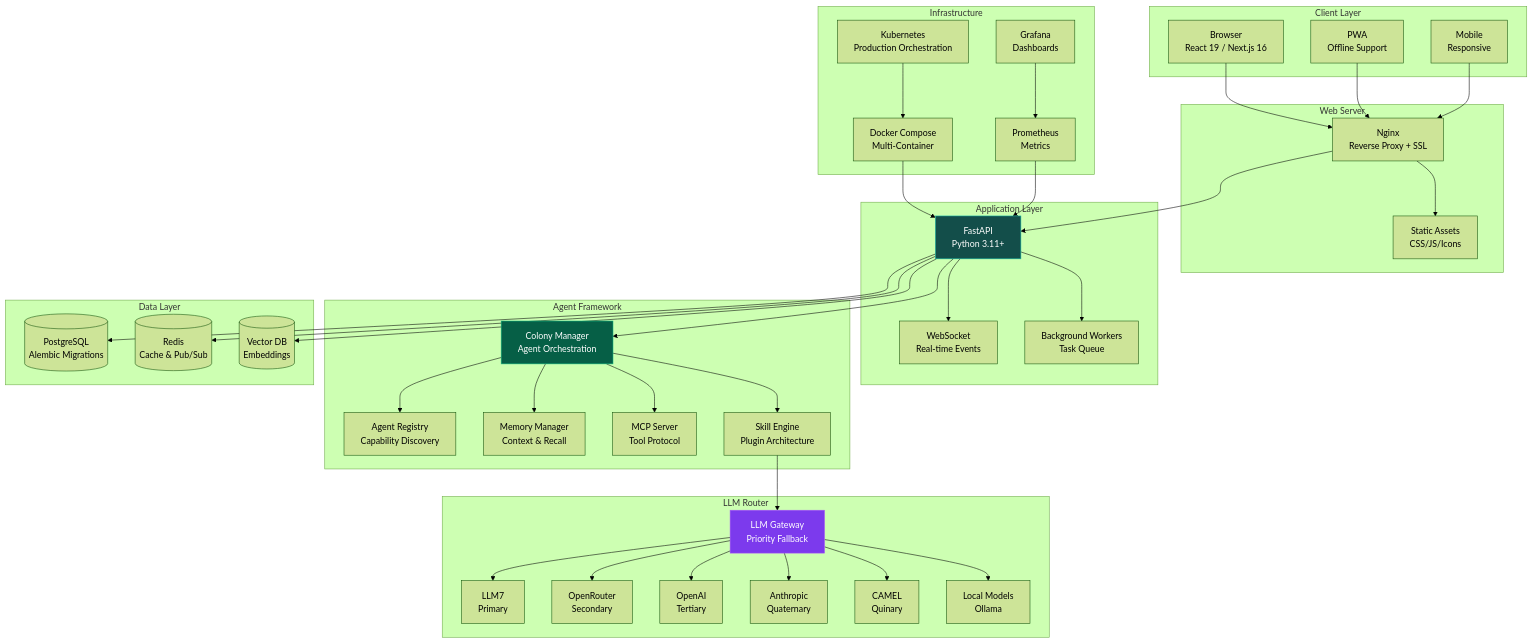
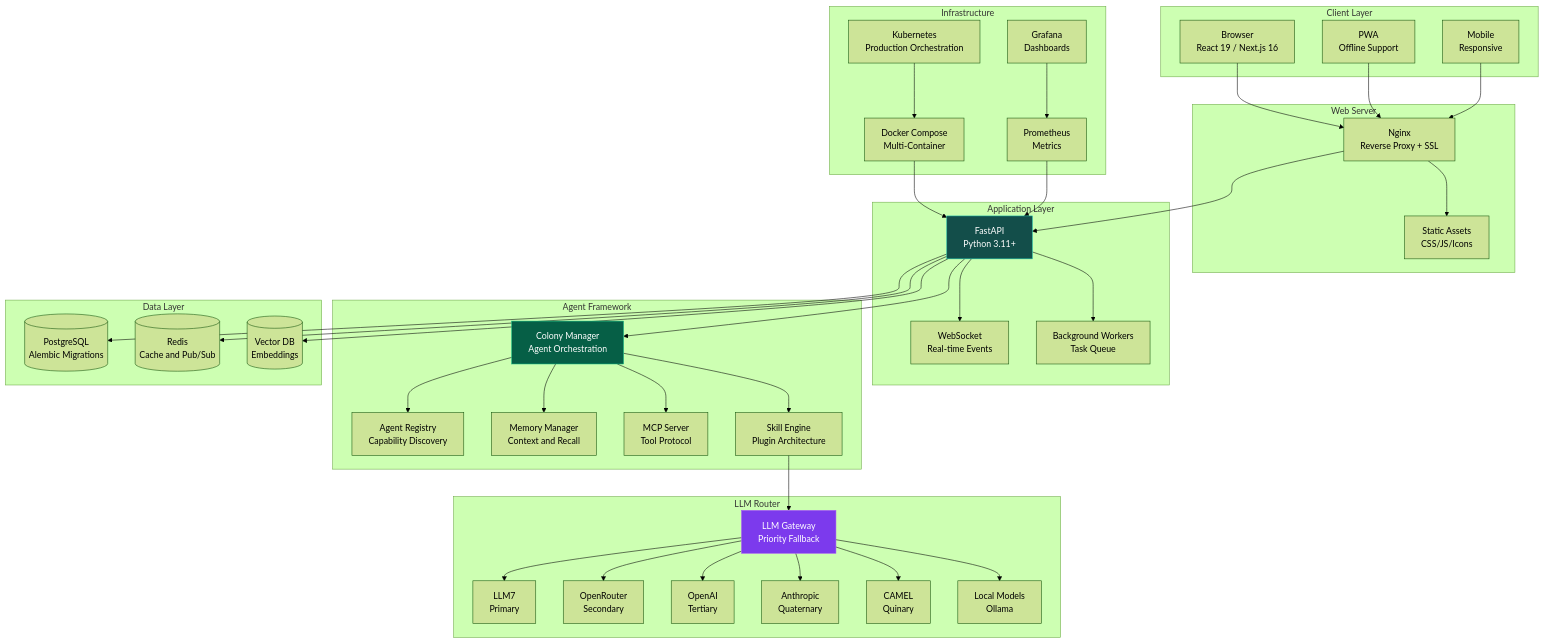
Before and after one commit to mulkymalikuldhrs/AI-MultiColony-Ecosystem: the fourth of 5 diagrams in README.md, drawn with Mermaid (forest theme). The commit also changed other lines of this file and 1 other file, not shown here.

Commit message:
🎨 Upgrade: banner image + fixed Mermaid + animations + flow diagrams

````diff
--- a/README.md
+++ b/README.md
@@ -231,31 +229,31 @@
 ```mermaid
 graph TB
-    subgraph "Client Layer"
+    subgraph Client["Client Layer"]
         Browser["Browser<br/>React 19 / Next.js 16"]
         PWA["PWA<br/>Offline Support"]
         Mobile["Mobile<br/>Responsive"]
     end
 
-    subgraph "Web Server"
+    subgraph WebServer["Web Server"]
         Nginx["Nginx<br/>Reverse Proxy + SSL"]
         Static["Static Assets<br/>CSS/JS/Icons"]
     end
 
-    subgraph "Application Layer"
+    subgraph AppLayer["Application Layer"]
         FastAPI["FastAPI<br/>Python 3.11+"]
         WS["WebSocket<br/>Real-time Events"]
         Workers["Background Workers<br/>Task Queue"]
     end
 
-    subgraph "Agent Framework"
+    subgraph AgentFW["Agent Framework"]
         Colony["Colony Manager<br/>Agent Orchestration"]
         Registry["Agent Registry<br/>Capability Discovery"]
-        Memory["Memory Manager<br/>Context & Recall"]
+        Memory["Memory Manager<br/>Context and Recall"]
         MCP["MCP Server<br/>Tool Protocol"]
         Skills["Skill Engine<br/>Plugin Architecture"]
     end
 
-    subgraph "LLM Router"
+    subgraph LLMRouter["LLM Router"]
         Gateway["LLM Gateway<br/>Priority Fallback"]
         LLM7["LLM7<br/>Primary"]
         OpenRouter["OpenRouter<br/>Secondary"]
@@ -265,13 +263,13 @@
         Local["Local Models<br/>Ollama"]
     end
 
-    subgraph "Data Layer"
+    subgraph DataLayer["Data Layer"]
         Postgres[("PostgreSQL<br/>Alembic Migrations")]
-        Redis[("Redis<br/>Cache & Pub/Sub")]
+        Redis[("Redis<br/>Cache and Pub/Sub")]
         Vector[("Vector DB<br/>Embeddings")]
     end
 
-    subgraph "Infrastructure"
+    subgraph InfraStack["Infrastructure"]
         Docker["Docker Compose<br/>Multi-Container"]
         Prometheus["Prometheus<br/>Metrics"]
         Grafana["Grafana<br/>Dashboards"]
````
